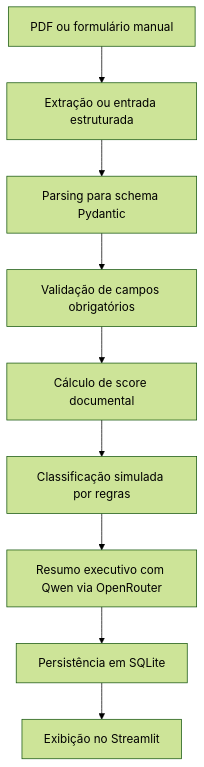
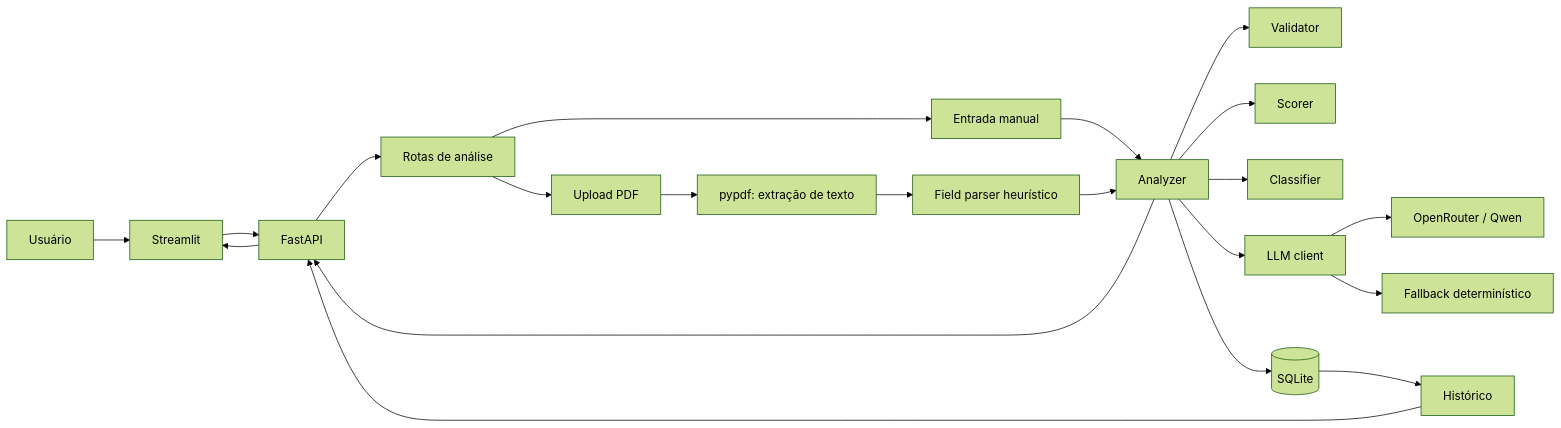
The first of 2 diagrams in README.md (ryanalv/Precatorio-Insight-Pipeline), drawn with Mermaid (forest theme) before and after one commit. The commit also changed other lines of this file, not shown here.

````diff
--- a/README.md
+++ b/README.md
@@ -37,11 +60,26 @@
 ```mermaid
-flowchart TD
-    A[PDF ou formulário manual] --> B[Extração ou entrada estruturada]
-    B --> C[Parsing para schema Pydantic]
-    C --> D[Validação de campos obrigatórios]
-    D --> E[Cálculo de score documental]
-    E --> F[Classificação simulada por regras]
-    F --> G[Resumo executivo com Qwen via OpenRouter]
-    G --> H[Persistência em SQLite]
-    H --> I[Exibição no Streamlit]
+flowchart LR
+    U[Usuário] --> UI[Streamlit]
+    UI --> API[FastAPI]
+    API --> R[Rotas de análise]
+
+    R --> M[Entrada manual]
+    R --> P[Upload PDF]
+    P --> X[pypdf: extração de texto]
+    X --> FP[Field parser heurístico]
+    M --> A[Analyzer]
+    FP --> A
+
+    A --> V[Validator]
+    A --> S[Scorer]
+    A --> C[Classifier]
+    A --> L[LLM client]
+    L --> OR[OpenRouter / Qwen]
+    L --> FB[Fallback determinístico]
+
+    A --> DB[(SQLite)]
+    DB --> H[Histórico]
+    A --> API
+    H --> API
+    API --> UI
 ```
````
